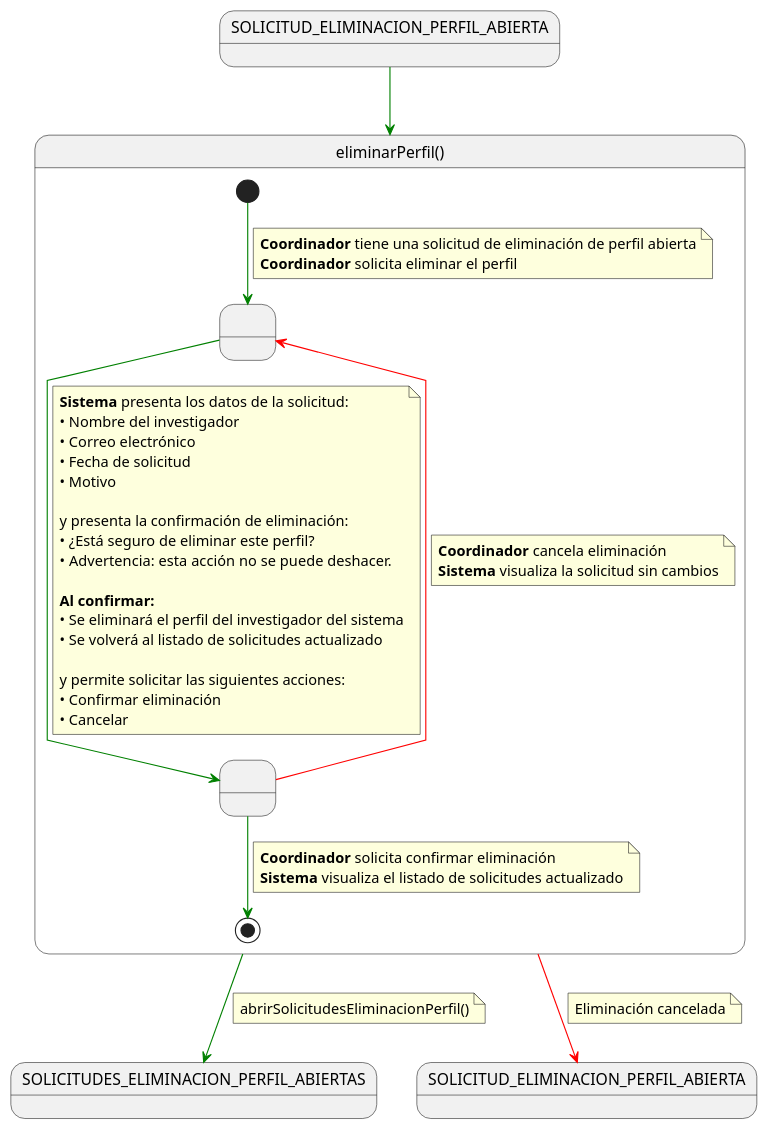
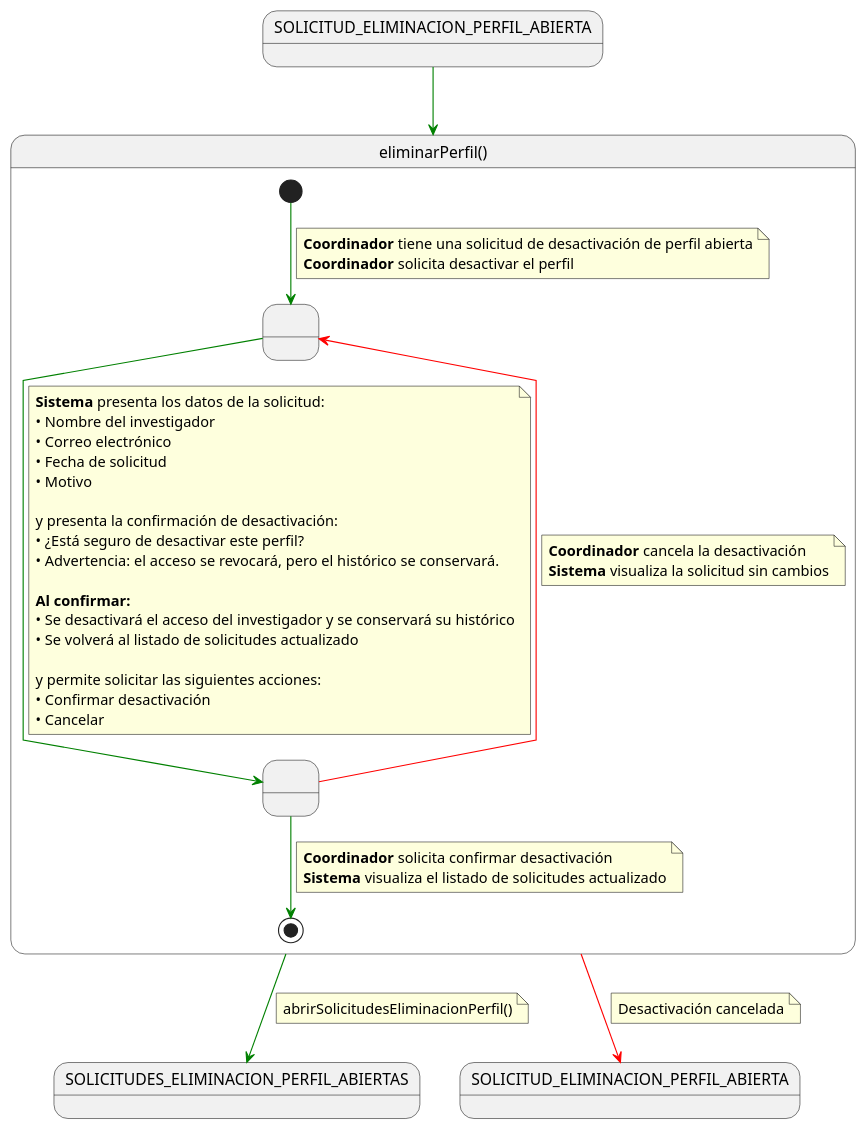
The diagram in RUP/00-casos-uso/02-detalle/coordinador/eliminarPerfil/especificacion.puml (beatriizorozco/25-26-idsw2-sdVC), drawn with PlantUML before and after one commit. The commit also changed 98 other files, not shown here.

Commit message:
fix(detalle): casos de uso eliminar adaptados a desactivar

```diff
--- a/RUP/00-casos-uso/02-detalle/coordinador/eliminarPerfil/especificacion.puml
+++ b/RUP/00-casos-uso/02-detalle/coordinador/eliminarPerfil/especificacion.puml
@@ -1,63 +1,63 @@
 @startuml eliminarPerfil
 skinparam linetype polyline
 
 state in1 as "SOLICITUD_ELIMINACION_PERFIL_ABIERTA"
 in1 -[#green]-> eliminarPerfil
 
 
 state eliminarPerfil as "eliminarPerfil()" {
 
     state " " as MostrandoSolicitud
-    state " " as ConfirmandoEliminacion
+    state " " as ConfirmandoDesactivacion
 
     [*] -[#green]-> MostrandoSolicitud
     note on link
-    <b>Coordinador</b> tiene una solicitud de eliminación de perfil abierta
-    <b>Coordinador</b> solicita eliminar el perfil
+    <b>Coordinador</b> tiene una solicitud de desactivación de perfil abierta
+    <b>Coordinador</b> solicita desactivar el perfil
     end note
 
-    MostrandoSolicitud -[#green]-> ConfirmandoEliminacion
+    MostrandoSolicitud -[#green]-> ConfirmandoDesactivacion
     note on link
     <b>Sistema</b> presenta los datos de la solicitud:
     • Nombre del investigador
     • Correo electrónico
     • Fecha de solicitud
     • Motivo
 
-    y presenta la confirmación de eliminación:
-    • ¿Está seguro de eliminar este perfil?
-    • Advertencia: esta acción no se puede deshacer.
+    y presenta la confirmación de desactivación:
+    • ¿Está seguro de desactivar este perfil?
+    • Advertencia: el acceso se revocará, pero el histórico se conservará.
 
     <b>Al confirmar:</b>
-    • Se eliminará el perfil del investigador del sistema
+    • Se desactivará el acceso del investigador y se conservará su histórico
     • Se volverá al listado de solicitudes actualizado
 
     y permite solicitar las siguientes acciones:
-    • Confirmar eliminación
+    • Confirmar desactivación
     • Cancelar
     end note
 
-    ConfirmandoEliminacion -[#green]-> [*]
+    ConfirmandoDesactivacion -[#green]-> [*]
     note on link
-    <b>Coordinador</b> solicita confirmar eliminación
+    <b>Coordinador</b> solicita confirmar desactivación
     <b>Sistema</b> visualiza el listado de solicitudes actualizado
     end note
 
-    ConfirmandoEliminacion -[#red]-> MostrandoSolicitud
+    ConfirmandoDesactivacion -[#red]-> MostrandoSolicitud
     note on link
-    <b>Coordinador</b> cancela eliminación
+    <b>Coordinador</b> cancela la desactivación
     <b>Sistema</b> visualiza la solicitud sin cambios
     end note
 }
 
 eliminarPerfil -[#green]-> SOLICITUDES_ELIMINACION_PERFIL_ABIERTAS
 note on link
 abrirSolicitudesEliminacionPerfil()
 end note
 
 eliminarPerfil -[#red]-> SOLICITUD_ELIMINACION_PERFIL_ABIERTA
 note on link
-Eliminación cancelada
+Desactivación cancelada
 end note
 
 @enduml
```
